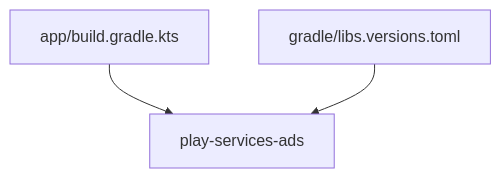
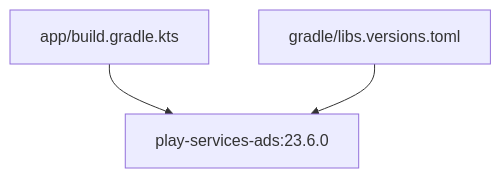
The sixth of 6 diagrams in .qoder/repowiki/en/content/AdMob Integration/AdMob Integration.md (chetanck03/games), drawn with Mermaid before and after one commit. The commit also changed other lines of this file and 5 other files, not shown here.

````diff
--- a/.qoder/repowiki/en/content/AdMob Integration/AdMob Integration.md
+++ b/.qoder/repowiki/en/content/AdMob Integration/AdMob Integration.md
@@ -237,5 +248,5 @@
 ```mermaid
 graph TB
-Gradle["app/build.gradle.kts"] --> Dep["play-services-ads"]
+Gradle["app/build.gradle.kts"] --> Dep["play-services-ads:23.6.0"]
 Versions["gradle/libs.versions.toml"] --> Dep
 ```
````
